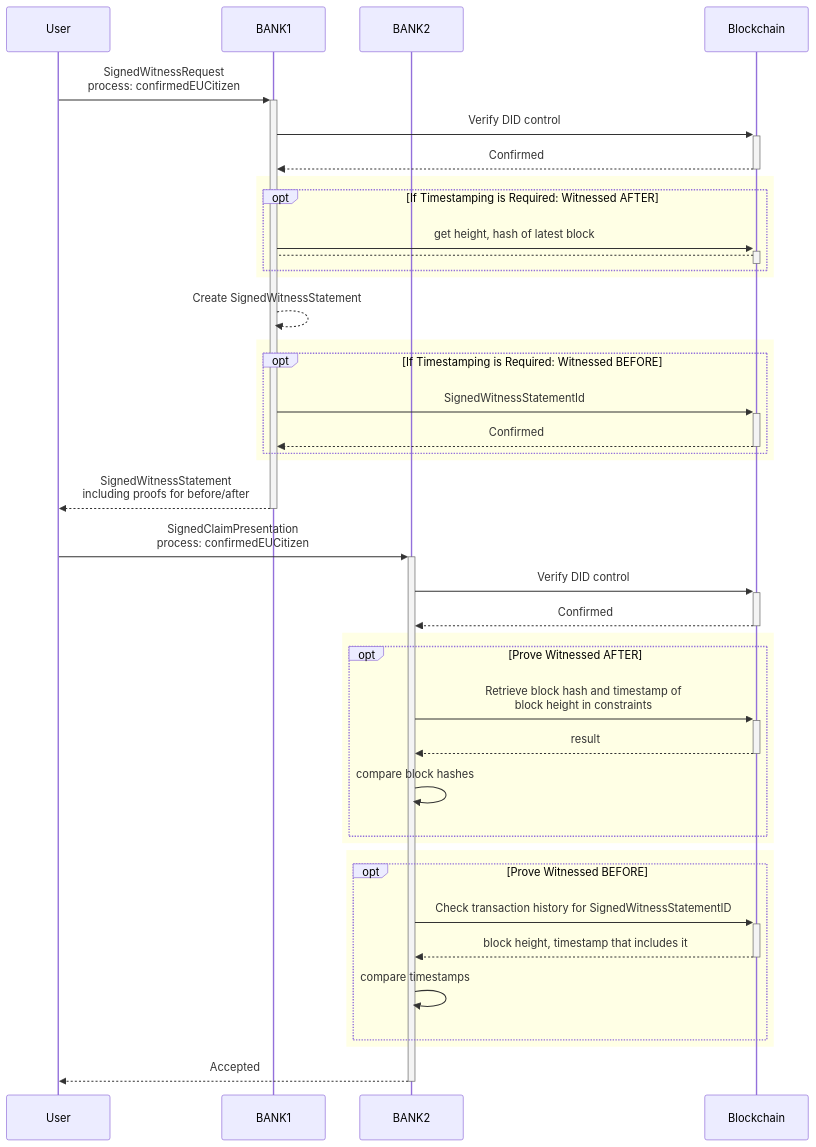
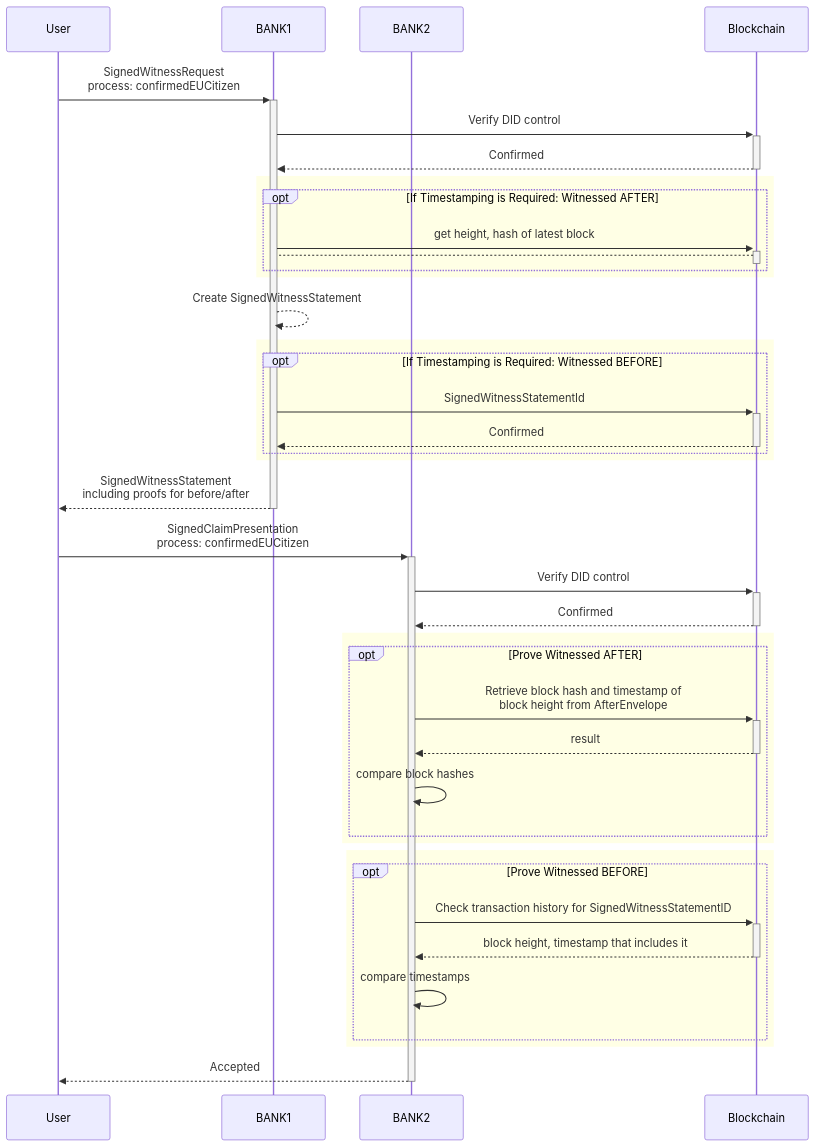
One commit to HydraMeshnet/developer-portal changed the second of 2 diagrams in usecases/kyc.md. Above: the diagram before and after it, drawn with Mermaid. The commit also changed other lines of this file and 6 other files, not shown here.

````diff
--- a/usecases/kyc.md
+++ b/usecases/kyc.md
@@ -65,51 +68,51 @@
 ```mermaid
 sequenceDiagram
   participant User
   participant BANK1
   participant BANK2
   participant Blockchain
 
   User ->> +BANK1: SignedWitnessRequest<br/>process: confirmedEUCitizen
   BANK1 ->> +Blockchain: Verify DID control
   Blockchain -->> -BANK1: Confirmed
   rect rgba(255, 255, 0, .1)
   opt If Timestamping is Required: Witnessed AFTER
   BANK1 ->> +Blockchain: get height, hash of latest block
   Blockchain --> -BANK1: 
   end
   end
 
   BANK1 -->> BANK1: Create SignedWitnessStatement
   
   rect rgba(255, 255, 0, .1)
   opt If Timestamping is Required: Witnessed BEFORE
   BANK1 ->> +Blockchain: SignedWitnessStatementId
   Blockchain -->> -BANK1: Confirmed
   end
   end
   
   BANK1 -->> -User: SignedWitnessStatement<br/>including proofs for before/after
   
   
   
   User ->> +BANK2: SignedClaimPresentation<br>process: confirmedEUCitizen
     BANK2 ->> +Blockchain: Verify DID control
   Blockchain -->> -BANK2: Confirmed
   rect rgba(255, 255, 0, .1)
   opt Prove Witnessed AFTER
-  BANK2 ->> +Blockchain: Retrieve block hash and timestamp of<br/>block height in constraints
+  BANK2 ->> +Blockchain: Retrieve block hash and timestamp of<br/>block height from AfterEnvelope
   Blockchain -->> -BANK2: result
   BANK2 ->> BANK2: compare block hashes
   end
   end
   
   rect rgba(255, 255, 0, .1)
   opt Prove Witnessed BEFORE
   BANK2 ->> +Blockchain: Check transaction history for SignedWitnessStatementID
   Blockchain -->> -BANK2: block height, timestamp that includes it
   BANK2 ->> BANK2: compare timestamps
   end
   end
   
   BANK2 -->> -User: Accepted
 ```
````
